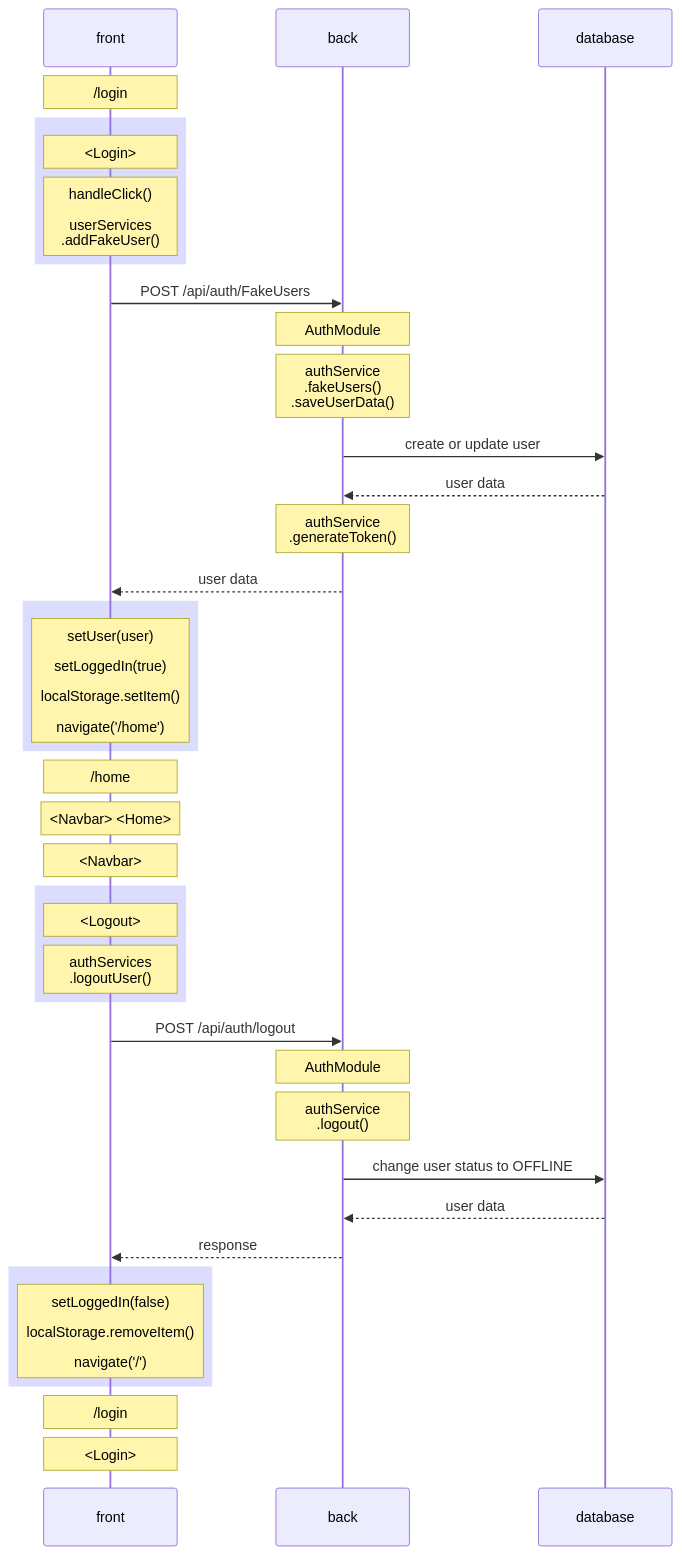
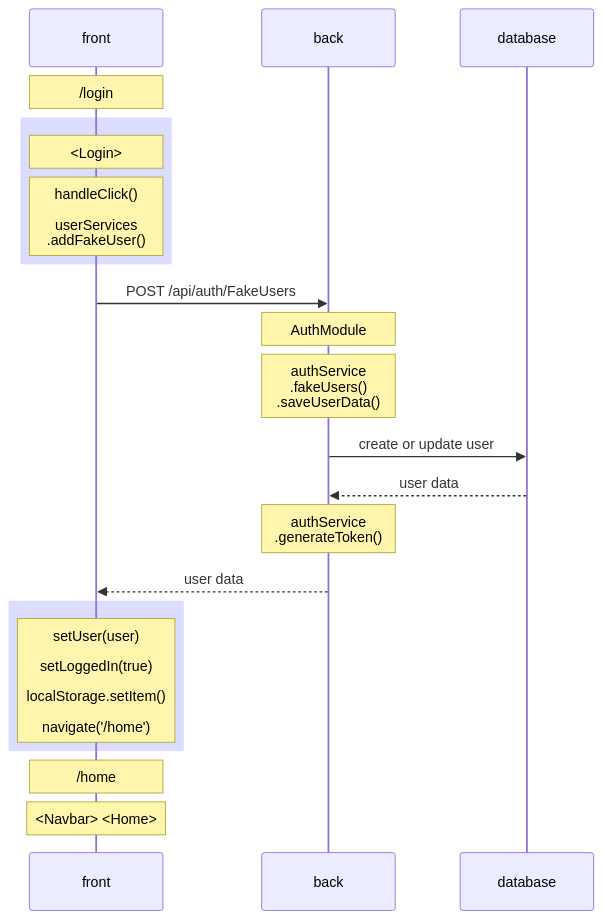
One commit to TDSn3/transcendence changed the diagram in README.md. Above: the diagram before and after it, drawn with Mermaid.

````diff
--- a/README.md
+++ b/README.md
@@ -116,41 +116,23 @@
 ``` mermaid
 sequenceDiagram
 
     %% Login FakeUser 
 	note over front: /login
     rect rgb(220, 220, 255)
     note over front: <Login>
     note over front: handleClick() <br/><br/> userServices <br/> .addFakeUser()
     end
     front->>back: POST /api/auth/FakeUsers
     note over back: AuthModule
     note over back: authService <br/> .fakeUsers() <br/> .saveUserData()
     back->>database: create or update user
     database-->>back: user data
     note over back: authService <br/> .generateToken()
     back-->>front: user data
     rect rgb(220, 220, 255)
     note over front: setUser(user) <br/><br/> setLoggedIn(true) <br/><br/> localStorage.setItem() <br/><br/> navigate('/home')
     end
     note over front: /home
     note over front: <Navbar> <Home>
 
-    %% Logout
-    note over front: <Navbar>
-    rect rgb(220, 220, 255)
-    note over front: <Logout>
-    note over front: authServices <br/> .logoutUser()
-    end
-    front->>back: POST /api/auth/logout
-    note over back: AuthModule
-    note over back: authService <br/> .logout()
-    back->>database: change user status to OFFLINE
-    database-->>back: user data
-    back-->>front: response
-    rect rgb(220, 220, 255)
-    note over front: setLoggedIn(false) <br/><br/> localStorage.removeItem() <br/><br/> navigate('/')
-    end
-    note over front: /login
-    note over front: <Login>
-
 ```
````
